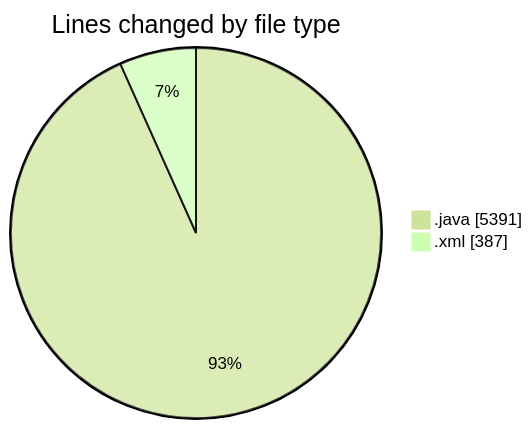
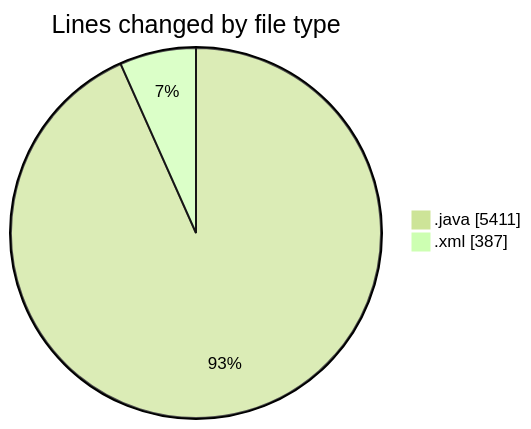
The first of 2 diagrams in 2025-05-01/jmasm/README.md (charlie-sans/code-tracking), drawn with Mermaid (forest theme) before and after one commit. The commit also changed other lines of this file and 1 other file, not shown here.

````diff
--- a/2025-05-01/jmasm/README.md
+++ b/2025-05-01/jmasm/README.md
@@ -30,6 +30,6 @@
 ```mermaid
 pie showData
 title Lines changed by file type
-".java" : 5391
+".java" : 5411
 ".xml" : 387
 ```
````
